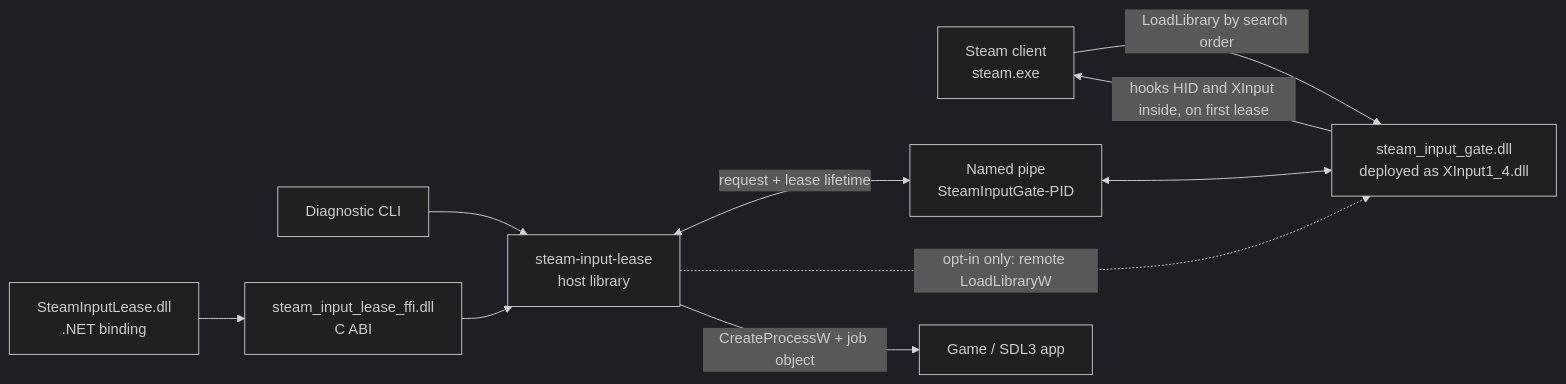
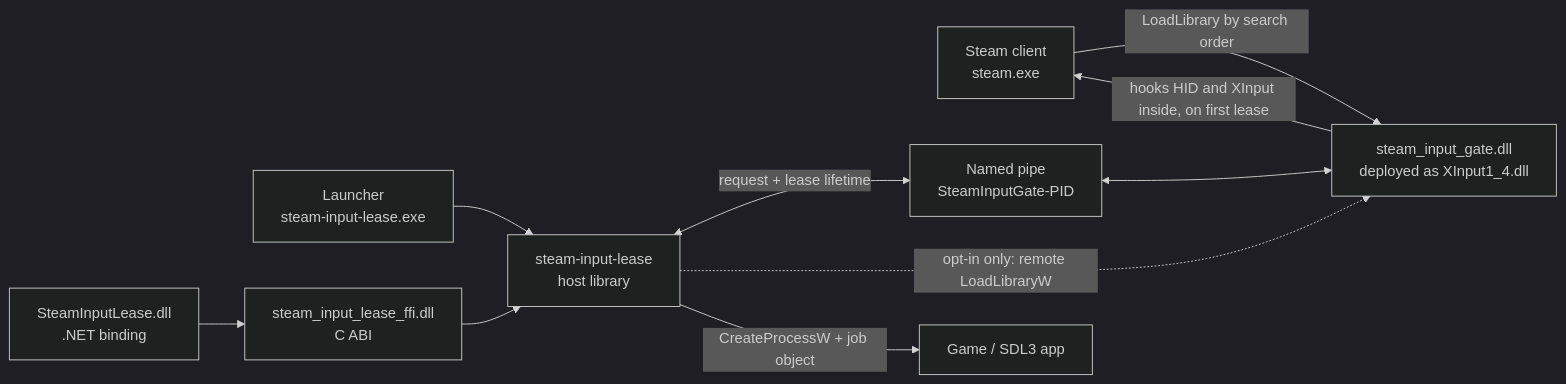
Before and after one commit to KillerPixelCrew/steam-input-lease: the diagram in README.md, drawn with Mermaid (dark theme). The commit also changed other lines of this file and 7 other files, not shown here.

````diff
--- a/README.md
+++ b/README.md
@@ -61,20 +139,20 @@
 ```mermaid
 flowchart LR
     Steam[Steam client<br/>steam.exe]
     Gate[steam_input_gate.dll<br/>deployed as XInput1_4.dll]
     Pipe[Named pipe<br/>SteamInputGate-PID]
     Host[steam-input-lease<br/>host library]
-    CLI[Diagnostic CLI]
+    CLI[Launcher<br/>steam-input-lease.exe]
     ABI[steam_input_lease_ffi.dll<br/>C ABI]
     DotNet[SteamInputLease.dll<br/>.NET binding]
     Game[Game / SDL3 app]
 
     Steam -->|LoadLibrary by search order| Gate
     CLI --> Host
     DotNet --> ABI --> Host
     Host <-->|request + lease lifetime| Pipe
     Pipe <--> Gate
     Gate -->|hooks HID and XInput inside, on first lease| Steam
     Host -.->|opt-in only: remote LoadLibraryW| Gate
     Host -->|CreateProcessW + job object| Game
 ```
````
